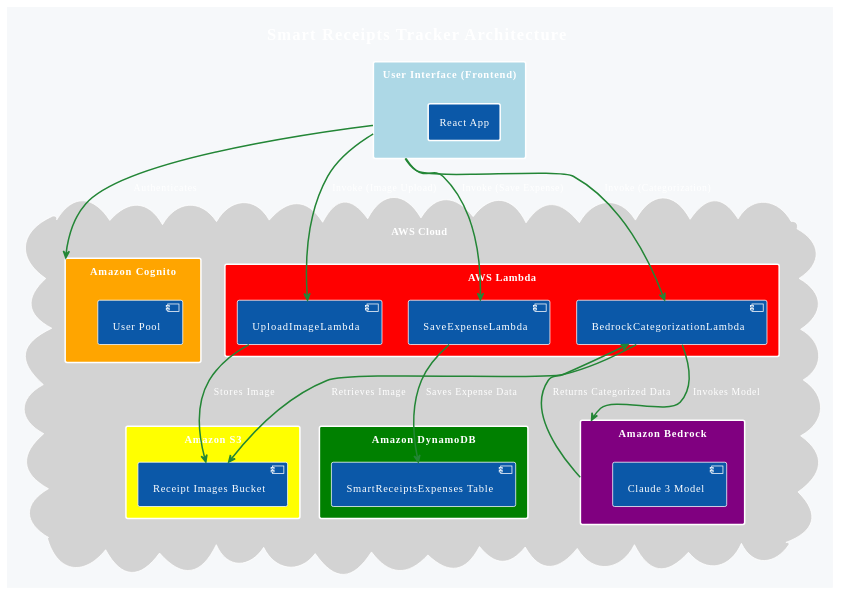
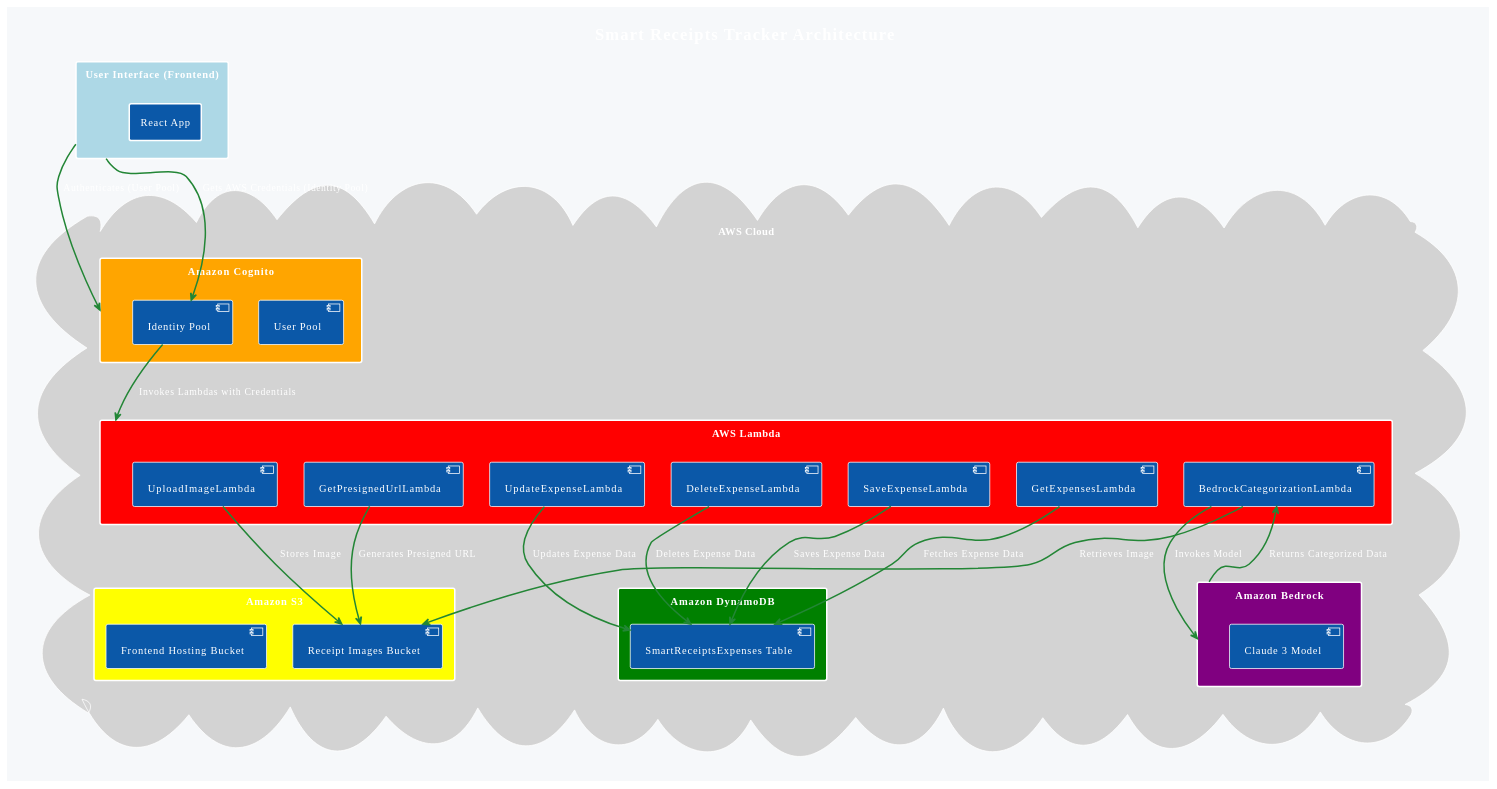
Before and after one commit to Shaistaaman/smartReceipt: the diagram in architecture.md, drawn with PlantUML. The commit also changed other lines of this file and 17 other files, not shown here.

```diff
--- a/architecture.md
+++ b/architecture.md
@@ -3,56 +3,65 @@
 @startuml
 !theme amiga
 
 title Smart Receipts Tracker Architecture
 
 skinparam {
-shadowing false
-Padding 5
-ArrowColor #238636
-BorderColor #238636
-FontColor #238636
-BackgroundColor #F6F8FA
-ArrowThickness 2
-RectangleBorderThickness 2
+  shadowing false
+  Padding 5
+  ArrowColor #238636
+  BorderColor #238636
+  FontColor #238636
+  BackgroundColor #F6F8FA
+  ArrowThickness 2
+  RectangleBorderThickness 2
 }
 
 rectangle "User Interface (Frontend)" as UI #lightblue {
-rectangle "React App" as ReactApp
+  rectangle "React App" as ReactApp
 }
 
 cloud "AWS Cloud" as AWS #lightgray {
-rectangle "Amazon Cognito" as Cognito #orange {
-component "User Pool" as UserPool
+  rectangle "Amazon Cognito" as Cognito #orange {
+    component "User Pool" as UserPool
+    component "Identity Pool" as IdentityPool
+  }
+
+  rectangle "AWS Lambda" as Lambda #red {
+    component "UploadImageLambda" as UploadImage
+    component "BedrockCategorizationLambda" as BedrockLambda
+    component "SaveExpenseLambda" as SaveExpense
+    component "GetExpensesLambda" as GetExpenses
+    component "UpdateExpenseLambda" as UpdateExpense
+    component "DeleteExpenseLambda" as DeleteExpense
+    component "GetPresignedUrlLambda" as GetPresignedUrl
+  }
+
+  rectangle "Amazon S3" as S3 #yellow {
+    component "Receipt Images Bucket" as S3Bucket
+    component "Frontend Hosting Bucket" as FrontendBucket
+  }
+
+  rectangle "Amazon DynamoDB" as DynamoDB #green {
+    component "SmartReceiptsExpenses Table" as DynamoDBTable
+  }
+
+  rectangle "Amazon Bedrock" as Bedrock #purple {
+    component "Claude 3 Model" as Claude3
+  }
 }
 
-rectangle "AWS Lambda" as Lambda #red {
-component "UploadImageLambda" as UploadImage
-component "BedrockCategorizationLambda" as BedrockLambda
-component "SaveExpenseLambda" as SaveExpense
-}
-
-rectangle "Amazon S3" as S3 #yellow {
-component "Receipt Images Bucket" as S3Bucket
-}
-
-rectangle "Amazon DynamoDB" as DynamoDB #green {
-component "SmartReceiptsExpenses Table" as DynamoDBTable
-}
-
-rectangle "Amazon Bedrock" as Bedrock #purple {
-component "Claude 3 Model" as Claude3
-}
-}
-
-UI --> Cognito : Authenticates
-UI --> UploadImage : Invoke (Image Upload)
-UI --> BedrockLambda : Invoke (Categorization)
-UI --> SaveExpense : Invoke (Save Expense)
+UI --> Cognito : Authenticates (User Pool)
+UI --> IdentityPool : Gets AWS Credentials (Identity Pool)
+IdentityPool --> Lambda : Invokes Lambdas with Credentials
 
 UploadImage --> S3Bucket : Stores Image
 BedrockLambda --> S3Bucket : Retrieves Image
 BedrockLambda --> Bedrock : Invokes Model
 Bedrock --> BedrockLambda : Returns Categorized Data
 SaveExpense --> DynamoDBTable : Saves Expense Data
+GetExpenses --> DynamoDBTable : Fetches Expense Data
+UpdateExpense --> DynamoDBTable : Updates Expense Data
+DeleteExpense --> DynamoDBTable : Deletes Expense Data
+GetPresignedUrl --> S3Bucket : Generates Presigned URL
 
 @enduml
```
